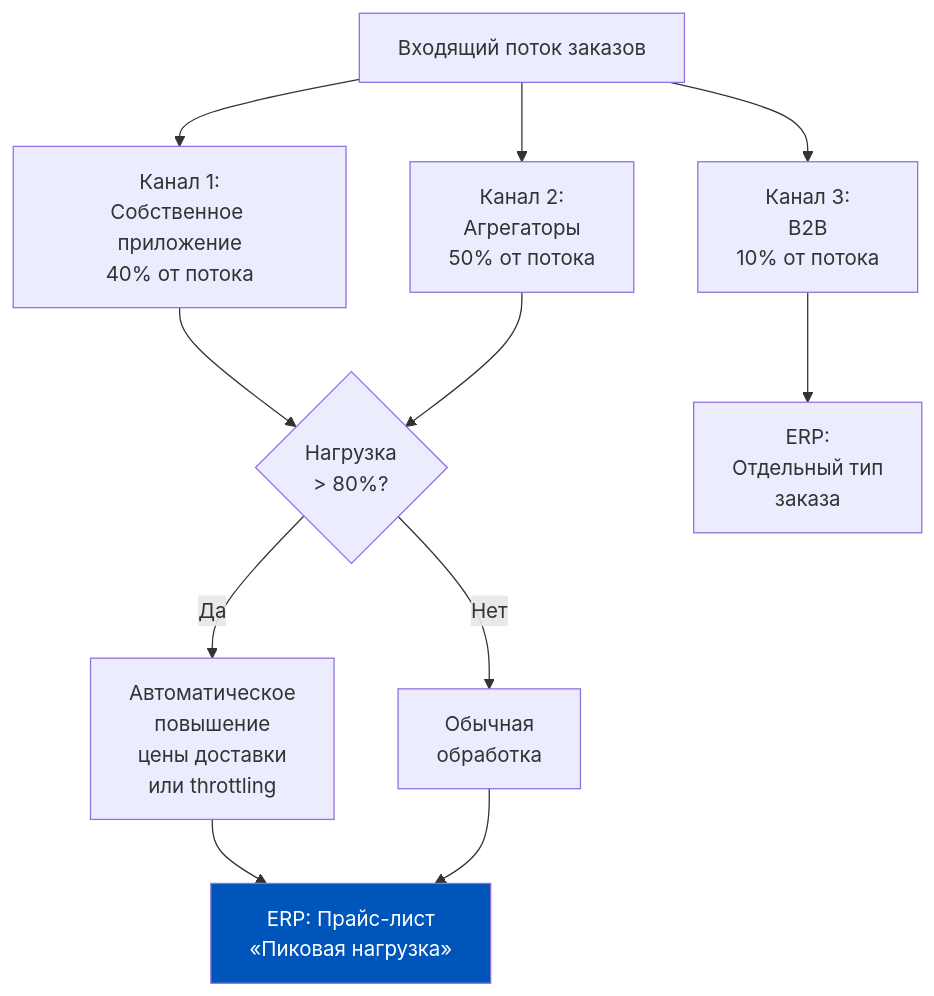
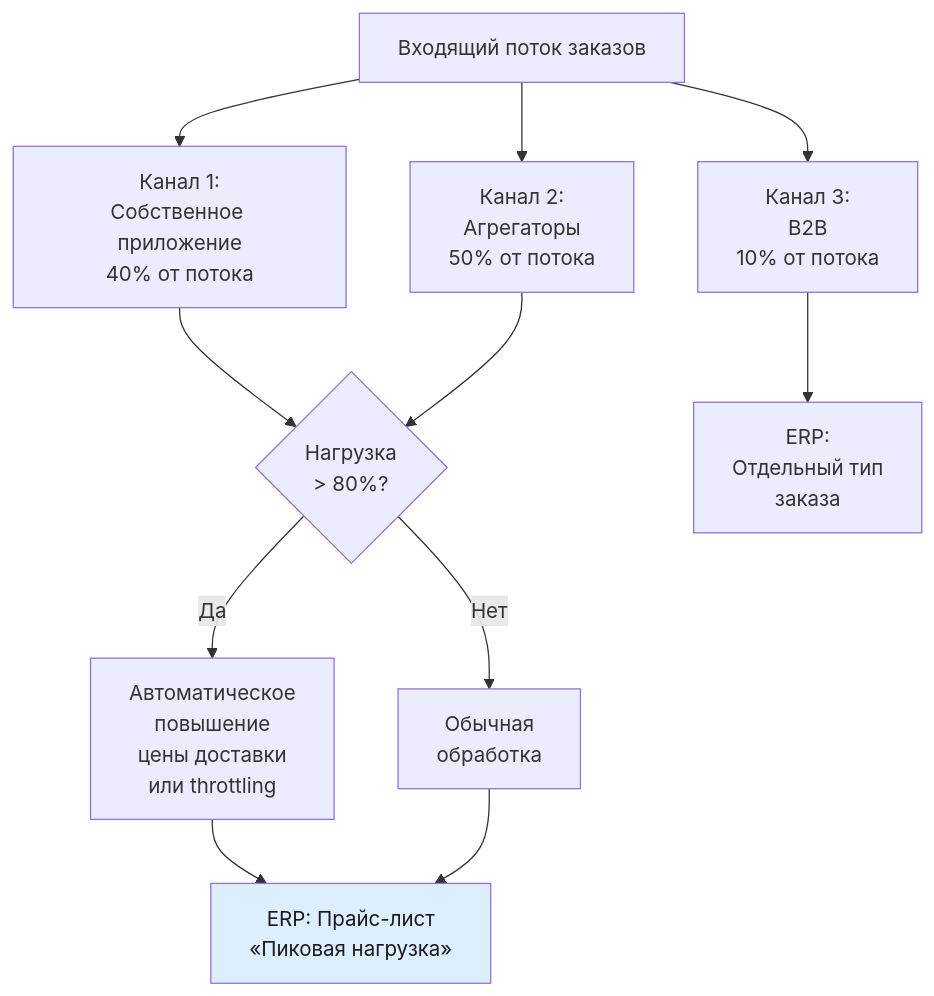
Before and after one commit to murad1986/1c-erp-quartz: the ninth of 9 diagrams in content/1c-erp/week_7/Неделя 7 - День 6 - Практикум по цепочке доставки.md, drawn with Mermaid. The commit also changed other lines of this file and 57 other files, not shown here.

First line of the commit message:
fix: Mermaid — пастельные цвета в источниках диаграмм (56 файлов)

````diff
--- a/content/1c-erp/week_7/Неделя 7 - День 6 - Практикум по цепочке доставки.md
+++ b/content/1c-erp/week_7/Неделя 7 - День 6 - Практикум по цепочке доставки.md
@@ -478,15 +478,15 @@
 ```mermaid
 graph TD
     A[Входящий поток заказов] --> B[Канал 1:<br/>Собственное приложение<br/>40% от потока]
     A --> C[Канал 2:<br/>Агрегаторы<br/>50% от потока]
     A --> D[Канал 3:<br/>B2B<br/>10% от потока]
     B --> E{Нагрузка<br/>> 80%?}
     C --> E
     D --> F[ERP:<br/>Отдельный тип<br/>заказа]
     E -->|Да| G[Автоматическое<br/>повышение<br/>цены доставки<br/>или throttling]
     E -->|Нет| H[Обычная<br/>обработка]
     G --> I[ERP: Прайс-лист<br/>«Пиковая нагрузка»]
     H --> I
 
-    style I fill:#0055BB,color:#fff
+    style I fill:#dceeff,color:#1a1a1a
 ```
````
